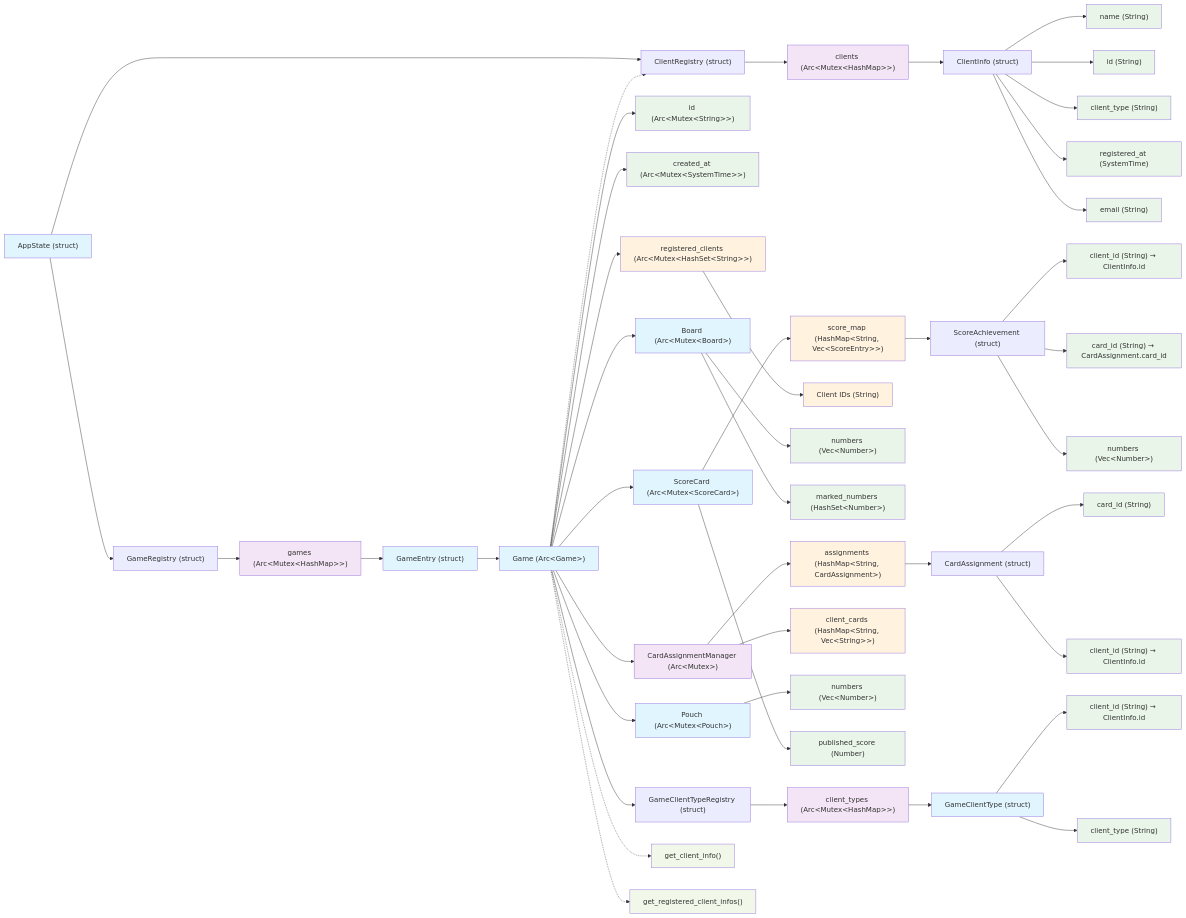
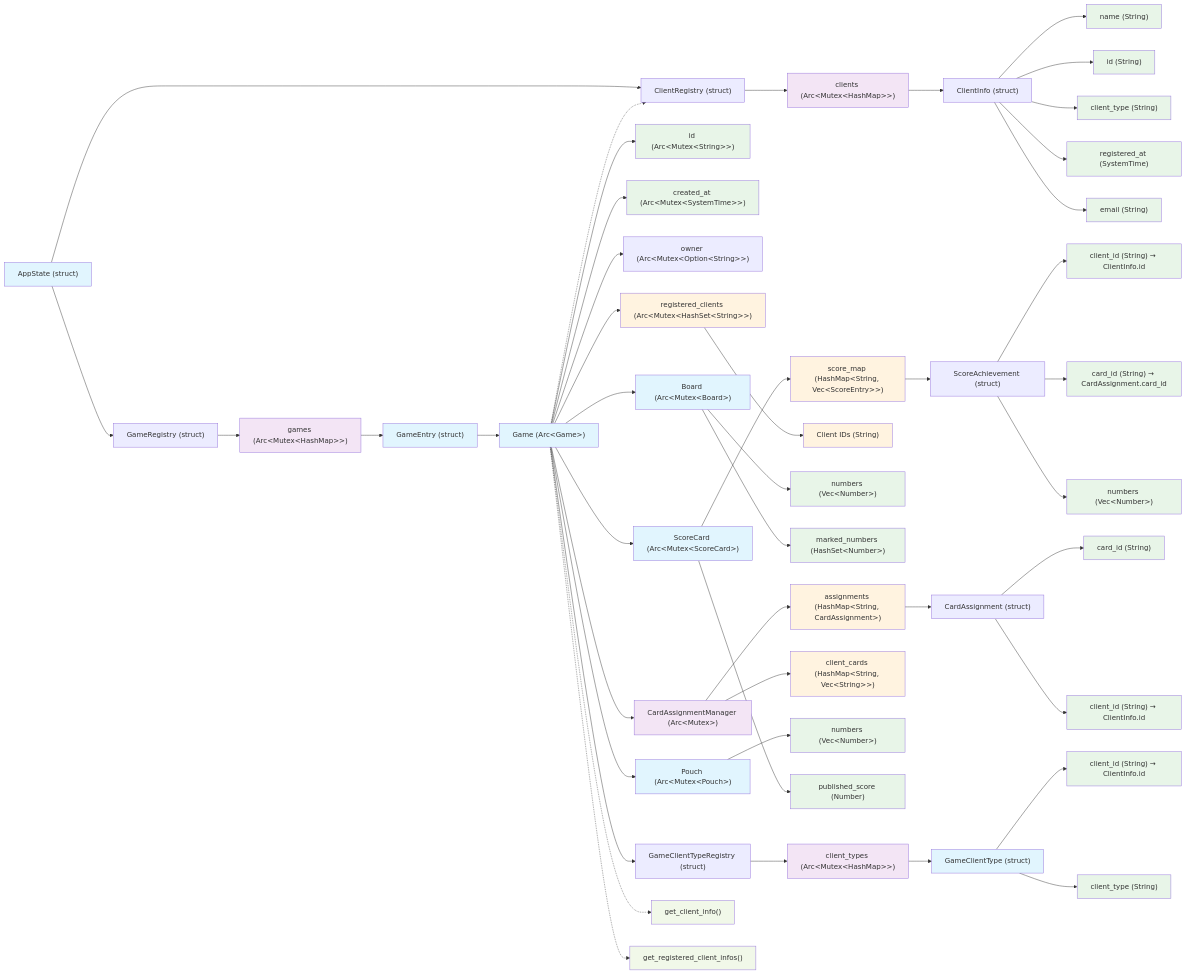
The diagram in docs/DATA.md (badbat75/tombola), drawn with Mermaid before and after one commit. The commit also changed other lines of this file and 6 other files, not shown here.

````diff
--- a/docs/DATA.md
+++ b/docs/DATA.md
@@ -7,69 +7,70 @@
 ```mermaid
 graph LR
     AppState["AppState (struct)"] --> GCR["ClientRegistry (struct)"]
     AppState --> GameReg["GameRegistry (struct)"]
-    
+
     GCR --> ClientsArc["clients (Arc&lt;Mutex&lt;HashMap&gt;&gt;)"]
     ClientsArc --> CI["ClientInfo (struct)"]
     CI --> Name["name (String)"]
     CI --> ID["id (String)"]
     CI --> Type["client_type (String)"]
     CI --> TS["registered_at (SystemTime)"]
     CI --> Email["email (String)"]
-    
+
     GameReg --> GameMap["games (Arc&lt;Mutex&lt;HashMap&gt;&gt;)"]
     GameMap --> GameEntry["GameEntry (struct)"]
     GameEntry --> Game["Game (Arc&lt;Game&gt;)"]
-    
+
     Game --> GameID["id (Arc&lt;Mutex&lt;String&gt;&gt;)"]
     Game --> CreatedAt["created_at (Arc&lt;Mutex&lt;SystemTime&gt;&gt;)"]
+    Game --> Owner["owner (Arc&lt;Mutex&lt;Option&lt;String&gt;&gt;)"]
     Game --> RC["registered_clients (Arc&lt;Mutex&lt;HashSet&lt;String&gt;&gt;)"]
     Game --> Board["Board (Arc&lt;Mutex&lt;Board&gt;)"]
     Game --> Pouch["Pouch (Arc&lt;Mutex&lt;Pouch&gt;)"]
     Game --> ScoreCard["ScoreCard (Arc&lt;Mutex&lt;ScoreCard&gt;)"]
     Game --> CardMgr["CardAssignmentManager (Arc&lt;Mutex&gt;)"]
     Game --> GCTR["GameClientTypeRegistry (struct)"]
-    
+
     Game -.-> GCR
     Game -.-> ClientRef["get_client_info()"]
     Game -.-> ClientInfos["get_registered_client_infos()"]
-    
+
     GCTR --> ClientTypes["client_types (Arc&lt;Mutex&lt;HashMap&gt;&gt;)"]
     ClientTypes --> GameClientType["GameClientType (struct)"]
     GameClientType --> GCTClientID["client_id (String) → ClientInfo.id"]
     GameClientType --> GCTType["client_type (String)"]
-    
+
     RC --> ClientIDs["Client IDs (String)"]
-    
+
     Board --> Numbers["numbers (Vec&lt;Number&gt;)"]
     Board --> MarkedNums["marked_numbers (HashSet&lt;Number&gt;)"]
-    
+
     CardMgr --> Assignments["assignments (HashMap&lt;String, CardAssignment&gt;)"]
     CardMgr --> ClientCards["client_cards (HashMap&lt;String, Vec&lt;String&gt;&gt;)"]
-    
+
     Assignments --> CardAssign["CardAssignment (struct)"]
     CardAssign --> CardID["card_id (String)"]
     CardAssign --> ClientID["client_id (String) → ClientInfo.id"]
-    
+
     Pouch --> PouchNums["numbers (Vec&lt;Number&gt;)"]
-    
+
     ScoreCard --> Score["published_score (Number)"]
     ScoreCard --> ScoreMap["score_map (HashMap&lt;String, Vec&lt;ScoreEntry&gt;&gt;)"]
-    
+
     ScoreMap --> ScoreEntry["ScoreAchievement (struct)"]
     ScoreEntry --> SCClientID["client_id (String) → ClientInfo.id"]
     ScoreEntry --> SCCardID["card_id (String) → CardAssignment.card_id"]
     ScoreEntry --> SCNumbers["numbers (Vec&lt;Number&gt;)"]
-    
+
     classDef struct fill:#e1f5fe
     classDef wrapper fill:#f3e5f5
     classDef field fill:#e8f5e8
     classDef collection fill:#fff3e0
     classDef method fill:#f1f8e9
-    
+
     class AppState,Game,GameEntry,ClientInfo,Board,Pouch,ScoreCard,CardAssignmentManager,CardAssignment,ClientRegistry,GameRegistry,GameClientTypeRegistry,GameClientType struct
     class ClientsArc,GameMap,CardMgr,ClientTypes wrapper
     class Name,ID,Type,TS,Email,GameID,CreatedAt,Numbers,MarkedNums,PouchNums,Score,CardID,ClientID,SCClientID,SCCardID,SCNumbers,GCTClientID,GCTType field
     class RC,ClientIDs,Assignments,ClientCards,ScoreMap collection
     class ClientRef,ClientInfos,ScoreAchievement method
 ```
````
